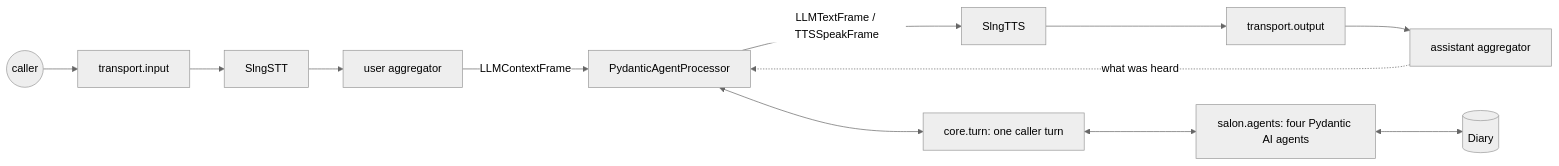
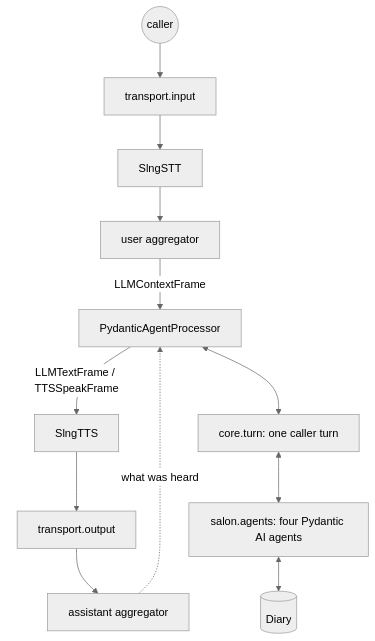
One commit to slng-ai/unmute-beat changed the first of 3 diagrams in README.md. Above: the diagram before and after it, drawn with Mermaid (neutral theme). The commit also changed other lines of this file, not shown here.

Commit message:
README: vertical pipeline diagram, shorter running section

````diff
--- a/README.md
+++ b/README.md
@@ -9,14 +9,14 @@
 ```mermaid
-flowchart LR
+flowchart TD
     mic((caller)) --> in[transport.input]
     in --> stt[SlngSTT]
     stt --> ua[user aggregator]
     ua -- LLMContextFrame --> P[PydanticAgentProcessor]
     P -- LLMTextFrame / TTSSpeakFrame --> tts[SlngTTS]
     tts --> out[transport.output]
     out --> aa[assistant aggregator]
     aa -. what was heard .-> P
     P <--> T[core.turn: one caller turn]
     T <--> A[salon.agents: four Pydantic AI agents]
     A <--> D[(Diary)]
 ```
````
